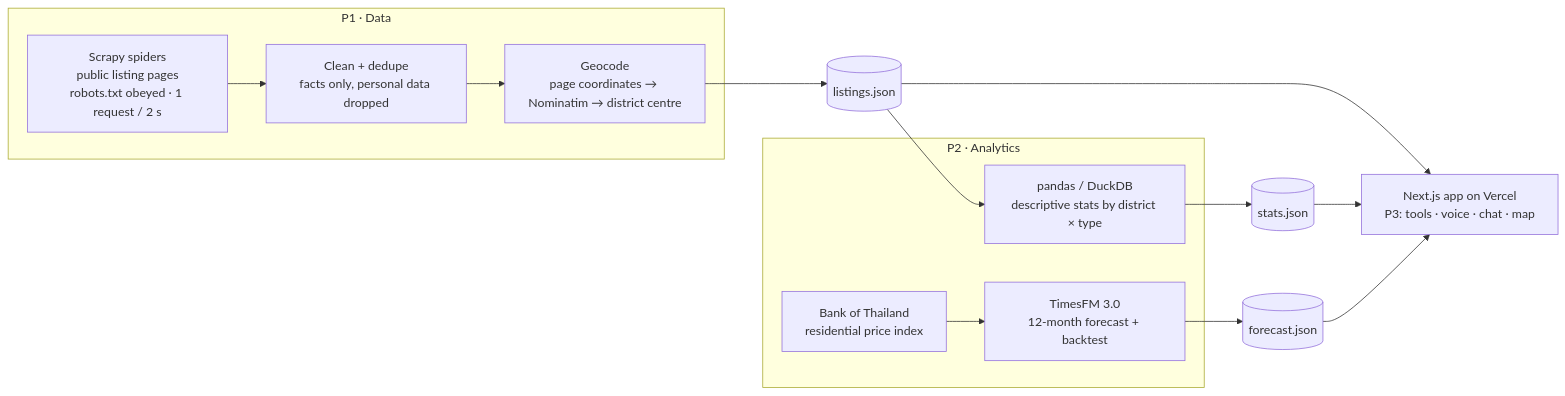
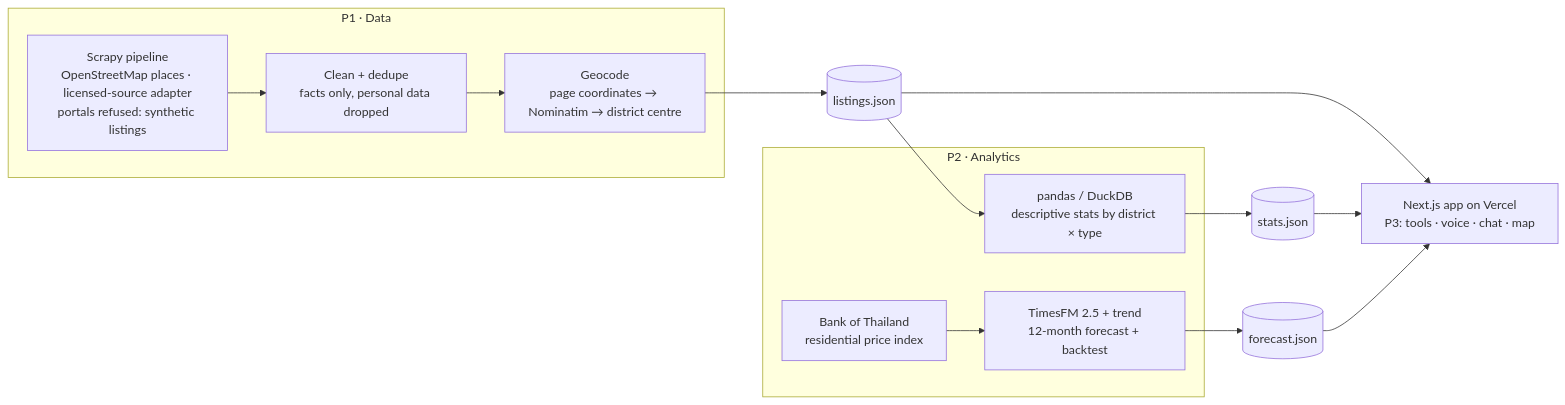
The second of 2 diagrams in docs/TECH_STACK.md (kyawswarheinm/u-estate-by-duwun), drawn with Mermaid before and after one commit. The commit also changed other lines of this file and 13 other files, not shown here.

````diff
--- a/docs/TECH_STACK.md
+++ b/docs/TECH_STACK.md
@@ -61,16 +61,16 @@
 ```mermaid
 flowchart LR
   subgraph P1["P1 · Data"]
-    S["Scrapy spiders<br/>public listing pages<br/>robots.txt obeyed · 1 request / 2 s"] --> C["Clean + dedupe<br/>facts only, personal data dropped"] --> G["Geocode<br/>page coordinates → Nominatim → district centre"]
+    S["Scrapy pipeline<br/>OpenStreetMap places · licensed-source adapter<br/>portals refused: synthetic listings"] --> C["Clean + dedupe<br/>facts only, personal data dropped"] --> G["Geocode<br/>page coordinates → Nominatim → district centre"]
   end
   subgraph P2["P2 · Analytics"]
     D["pandas / DuckDB<br/>descriptive stats by district × type"]
-    B["Bank of Thailand<br/>residential price index"] --> T["TimesFM 3.0<br/>12-month forecast + backtest"]
+    B["Bank of Thailand<br/>residential price index"] --> T["TimesFM 2.5 + trend<br/>12-month forecast + backtest"]
   end
   G --> L[("listings.json")]
   L --> D --> ST[("stats.json")]
   T --> F[("forecast.json")]
   L --> APP["Next.js app on Vercel<br/>P3: tools · voice · chat · map"]
   ST --> APP
   F --> APP
 ```
````
